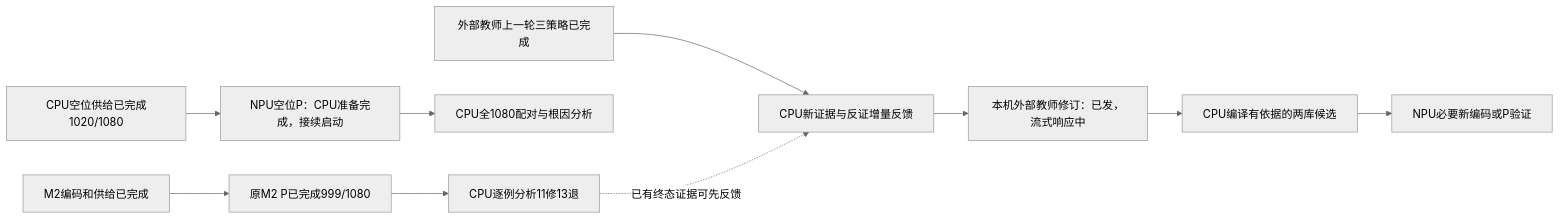
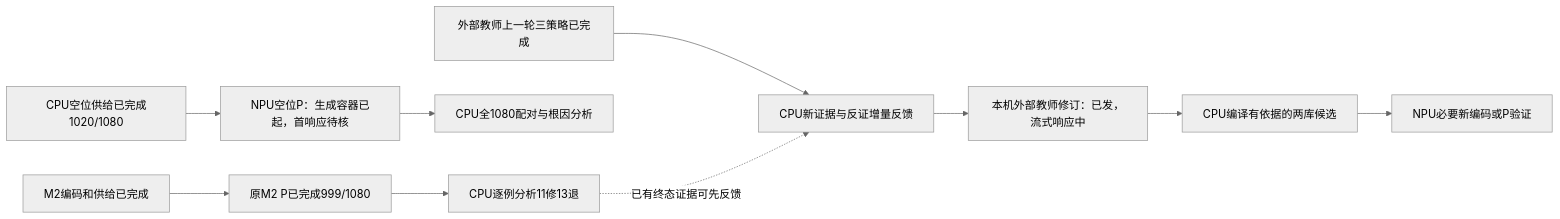
The diagram in wiki/TFRL-Execution-DAG.md (chaosxingxc-orion/omni), drawn with Mermaid (neutral theme) before and after one commit. The commit also changed other lines of this file and 8 other files, not shown here.

````diff
--- a/wiki/TFRL-Execution-DAG.md
+++ b/wiki/TFRL-Execution-DAG.md
@@ -5,12 +5,12 @@
 ```mermaid
 flowchart LR
  M[M2编码和供给已完成] --> P[原M2 P已完成999/1080]
  P --> A[CPU逐例分析11修13退]
- V[CPU空位供给已完成1020/1080] --> N[NPU空位P：CPU准备完成，接续启动]
+ V[CPU空位供给已完成1020/1080] --> N[NPU空位P：生成容器已起，首响应待核]
  N --> R[CPU全1080配对与根因分析]
  T[外部教师上一轮三策略已完成] --> F[CPU新证据与反证增量反馈]
  A -. 已有终态证据可先反馈 .-> F
  F --> E[本机外部教师修订：已发，流式响应中]
  E --> C[CPU编译有依据的两库候选]
  C --> Q[NPU必要新编码或P验证]
 ```
````
